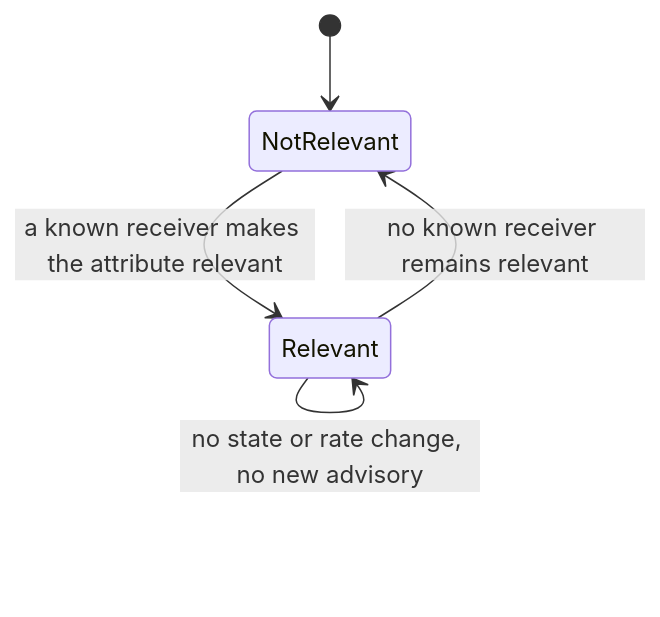
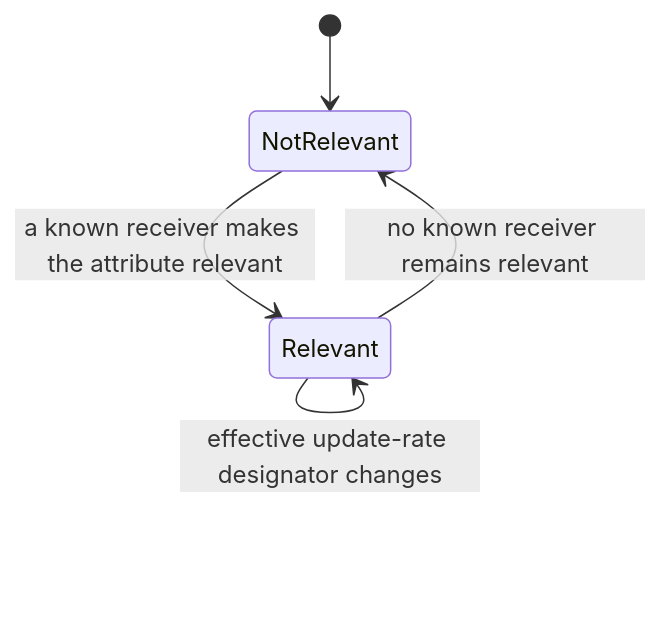
Before and after one commit to sheepfling/umbra: the fourth of 4 diagrams in docs/design/HLA-2025-RELEVANCE-ADVISORY-FLOW-GUIDE.md, drawn with Mermaid. The commit also changed other lines of this file and 72 other files, not shown here.

````diff
--- a/docs/design/HLA-2025-RELEVANCE-ADVISORY-FLOW-GUIDE.md
+++ b/docs/design/HLA-2025-RELEVANCE-ADVISORY-FLOW-GUIDE.md
@@ -138,8 +145,7 @@
 ```mermaid
 stateDiagram-v2
   [*] --> NotRelevant
   NotRelevant --> Relevant: a known receiver makes the attribute relevant
   Relevant --> NotRelevant: no known receiver remains relevant
   Relevant --> Relevant: effective update-rate designator changes
-  Relevant --> Relevant: no state or rate change, no new advisory
 ```
````
